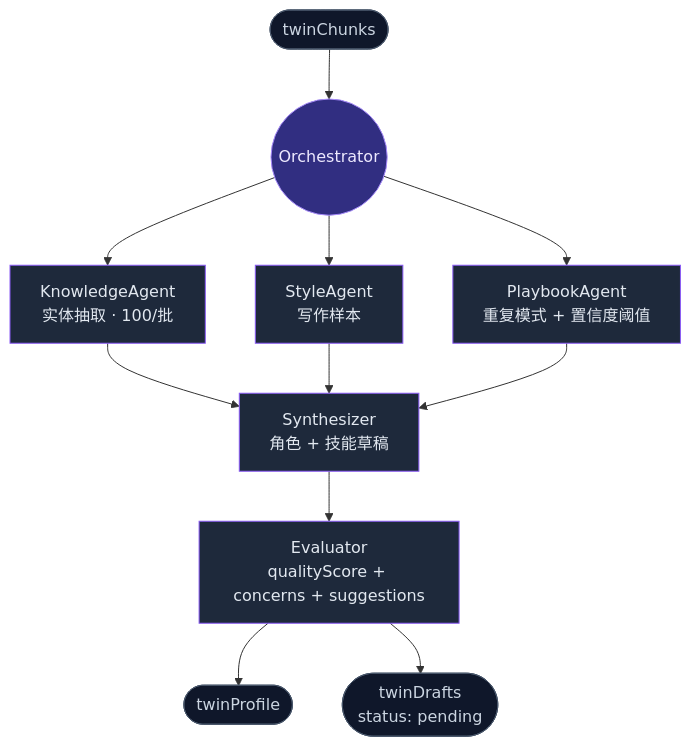
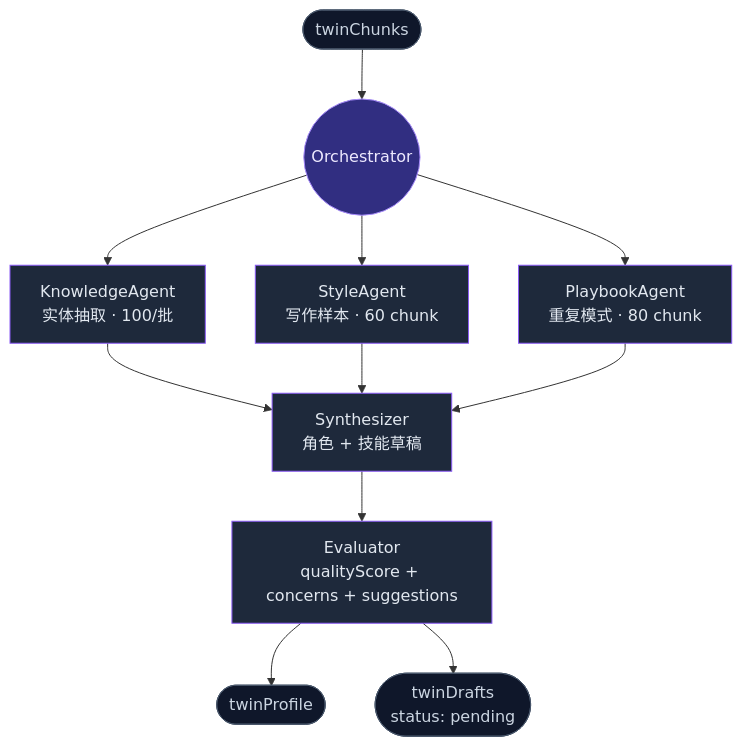
One commit to MaxQian888/cognia-next changed the third of 4 diagrams in docs/content/docs/zh/employee-twin.mdx. Above: the diagram before and after it, drawn with Mermaid. The commit also changed other lines of this file and 211 other files, not shown here.

````diff
--- a/docs/content/docs/zh/employee-twin.mdx
+++ b/docs/content/docs/zh/employee-twin.mdx
@@ -196,22 +203,22 @@
 ```mermaid
 flowchart TB
   Chunks([twinChunks]) --> O((Orchestrator))
   O --> KA[KnowledgeAgent<br/>实体抽取 · 100/批]
-  O --> SA[StyleAgent<br/>写作样本]
-  O --> PA[PlaybookAgent<br/>重复模式 + 置信度阈值]
+  O --> SA[StyleAgent<br/>写作样本 · 60 chunk]
+  O --> PA[PlaybookAgent<br/>重复模式 · 80 chunk]
 
   KA --> SY[Synthesizer<br/>角色 + 技能草稿]
   SA --> SY
   PA --> SY
 
   SY --> EV[Evaluator<br/>qualityScore + concerns + suggestions]
   EV --> P([twinProfile])
   EV --> DR([twinDrafts<br/>status: pending])
 
   classDef agent fill:#1e293b,stroke:#8b5cf6,color:#e2e8f0
   classDef io fill:#0f172a,stroke:#475569,color:#cbd5e1
   classDef orchestrator fill:#312e81,stroke:#a78bfa,color:#ede9fe
   class KA,SA,PA,SY,EV agent
   class Chunks,P,DR io
   class O orchestrator
 ```
````
